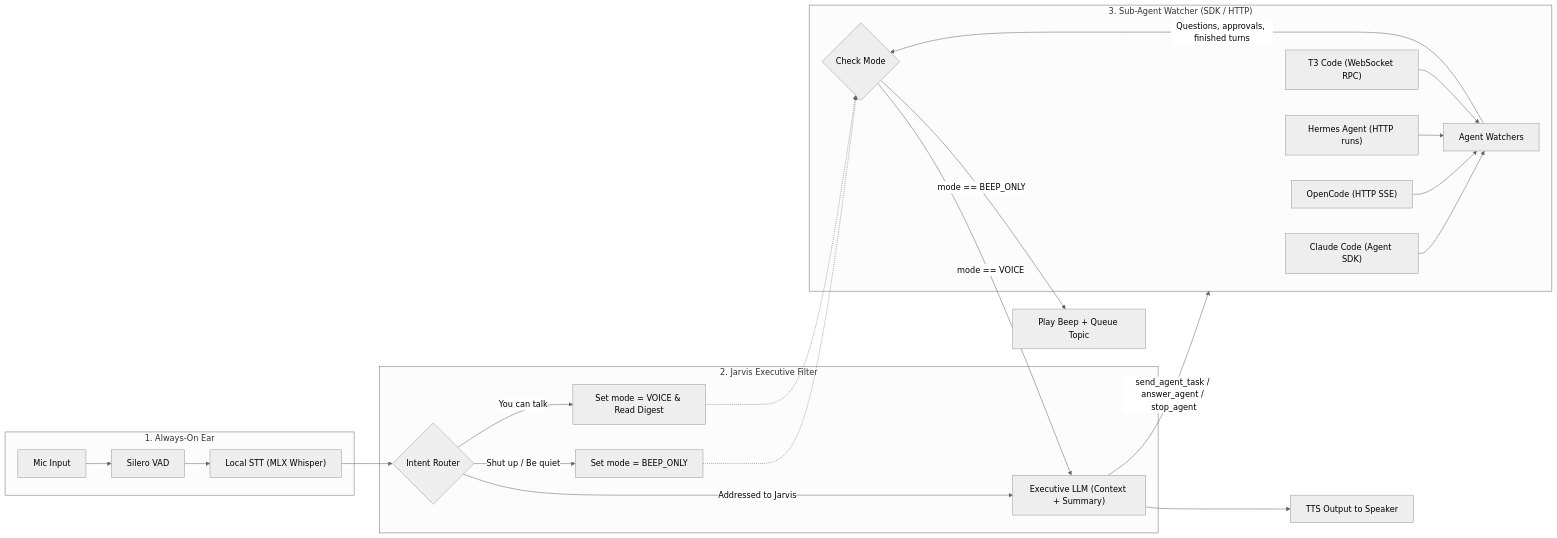
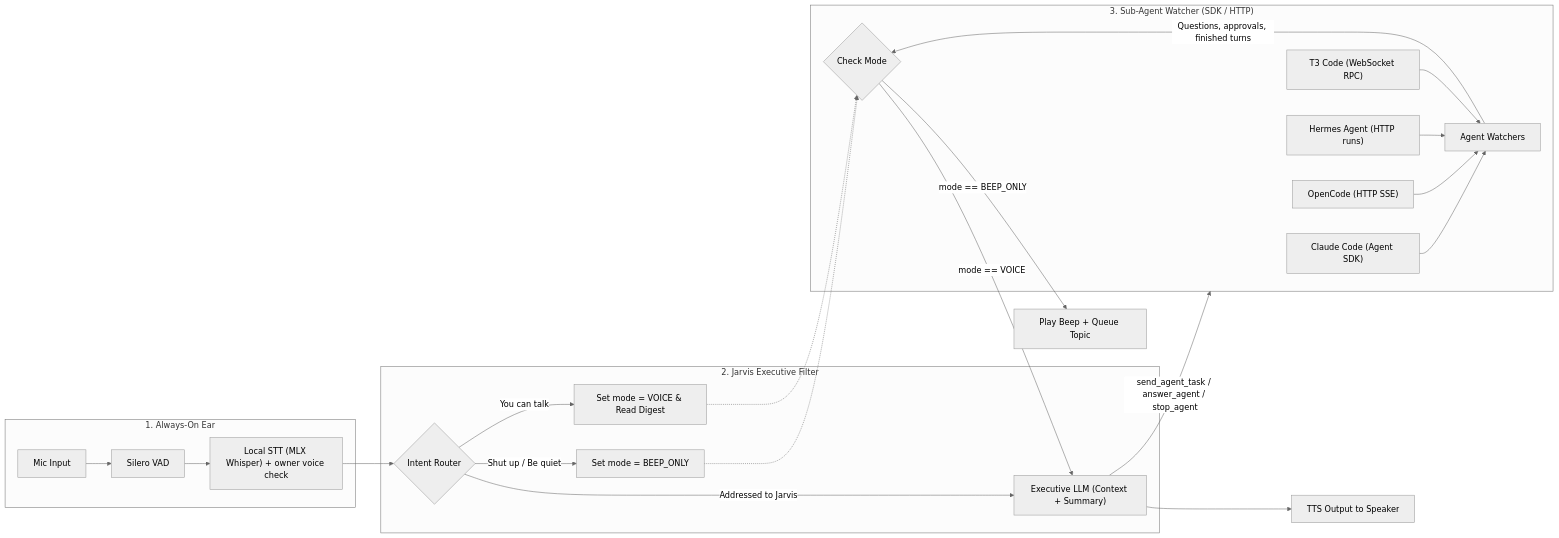
One commit to sangdth/jarvis changed the diagram in docs/architecture.md. Above: the diagram before and after it, drawn with Mermaid (neutral theme). The commit also changed other lines of this file and 12 other files, not shown here.

First line of the commit message:
feat: act only on the owner's voice with speaker verification

````diff
--- a/docs/architecture.md
+++ b/docs/architecture.md
@@ -16,29 +16,29 @@
 ```mermaid
 flowchart LR
     subgraph Input ["1. Always-On Ear"]
         Mic["Mic Input"] --> VAD["Silero VAD"]
-        VAD --> STT["Local STT (MLX Whisper)"]
+        VAD --> STT["Local STT (MLX Whisper) + owner voice check"]
     end
 
     subgraph Brain ["2. Jarvis Executive Filter"]
         STT --> Intent{"Intent Router"}
         Intent -->|"Shut up / Be quiet"| Mute["Set mode = BEEP_ONLY"]
         Intent -->|"You can talk"| Unmute["Set mode = VOICE & Read Digest"]
         Intent -->|"Addressed to Jarvis"| LLM["Executive LLM (Context + Summary)"]
     end
 
     subgraph CodingAgents ["3. Sub-Agent Watcher (SDK / HTTP)"]
         CC["Claude Code (Agent SDK)"] --> Buffer["Agent Watchers"]
         OC["OpenCode (HTTP SSE)"] --> Buffer
         HA["Hermes Agent (HTTP runs)"] --> Buffer
         T3["T3 Code (WebSocket RPC)"] --> Buffer
         Buffer -->|"Questions, approvals, finished turns"| Notify{"Check Mode"}
     end
 
     Mute -.-> Notify
     Unmute -.-> Notify
     Notify -->|"mode == BEEP_ONLY"| Beep["Play Beep + Queue Topic"]
     Notify -->|"mode == VOICE"| LLM
     LLM --> TTS["TTS Output to Speaker"]
     LLM -->|"send_agent_task / answer_agent / stop_agent"| CodingAgents
 ```
````
